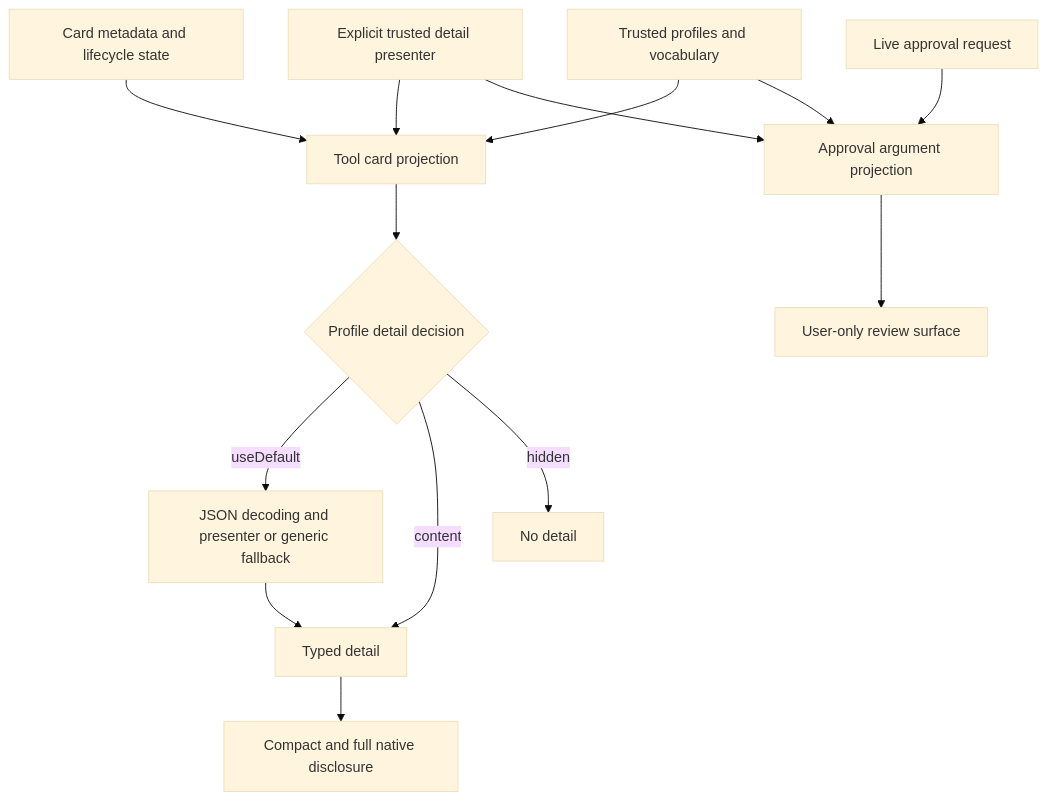
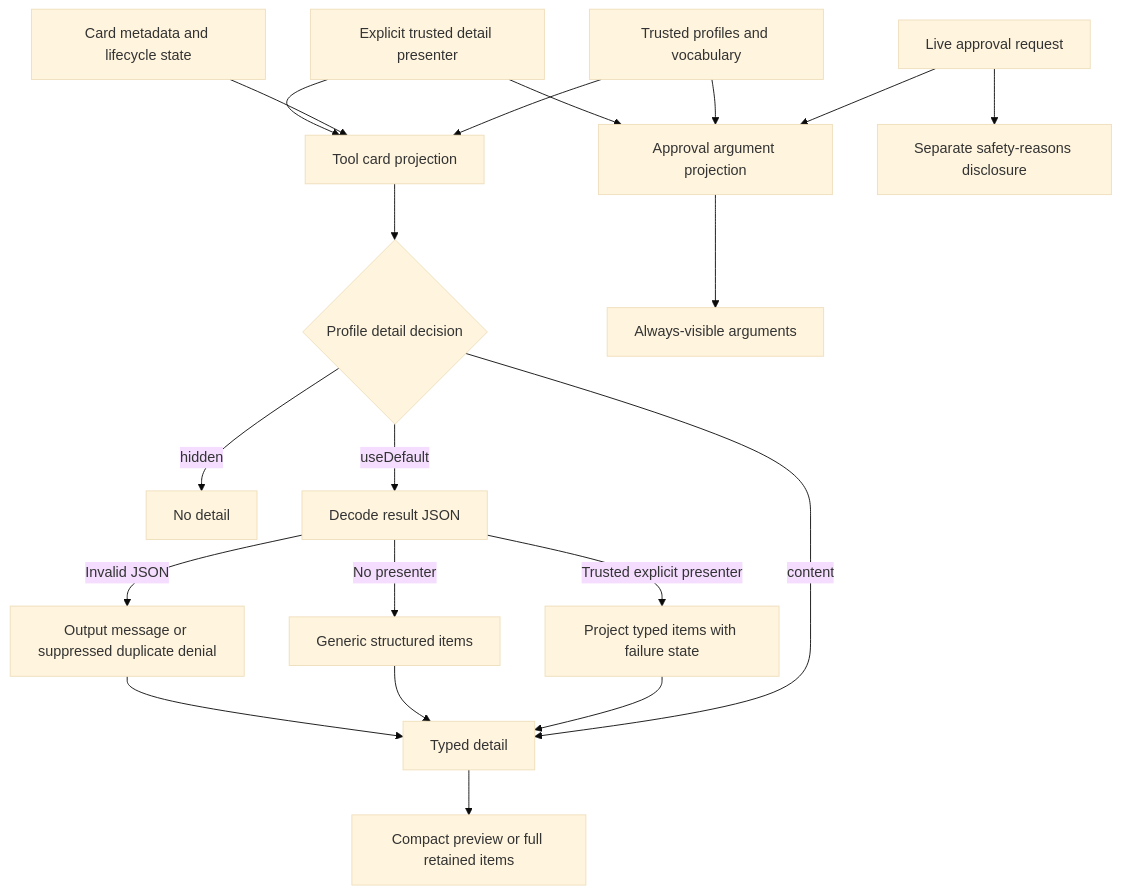
The sixth of 6 diagrams in openwiki/concepts/ui-design-principles.md (AkinoKaede/Termind), drawn with Mermaid (base theme) before and after one commit. The commit also changed other lines of this file and 18 other files, not shown here.

````diff
--- a/openwiki/concepts/ui-design-principles.md
+++ b/openwiki/concepts/ui-design-principles.md
@@ -350,16 +352,22 @@
 ```mermaid
 flowchart TD
     Request[Live approval request] --> Approval[Approval argument projection]
     Catalog[Trusted profiles and vocabulary] --> Approval
     Catalog --> Renderer[Tool card projection]
     Card[Card metadata and lifecycle state] --> Renderer
     Presenter[Explicit trusted detail presenter] --> Approval
     Presenter --> Renderer
     Renderer --> Policy{Profile detail decision}
     Policy -->|hidden| Hidden[No detail]
     Policy -->|content| Typed[Typed detail]
-    Policy -->|useDefault| Fallback[JSON decoding and presenter or generic fallback]
-    Fallback --> Typed
-    Typed --> Preview[Compact and full native disclosure]
-    Approval --> Review[User-only review surface]
+    Policy -->|useDefault| Decode[Decode result JSON]
+    Decode -->|Trusted explicit presenter| Project[Project typed items with failure state]
+    Decode -->|No presenter| Generic[Generic structured items]
+    Decode -->|Invalid JSON| Message[Output message or suppressed duplicate denial]
+    Project --> Typed
+    Generic --> Typed
+    Message --> Typed
+    Typed --> Preview[Compact preview or full retained items]
+    Approval --> Review[Always-visible arguments]
+    Request --> Safety[Separate safety-reasons disclosure]
 ```
````
